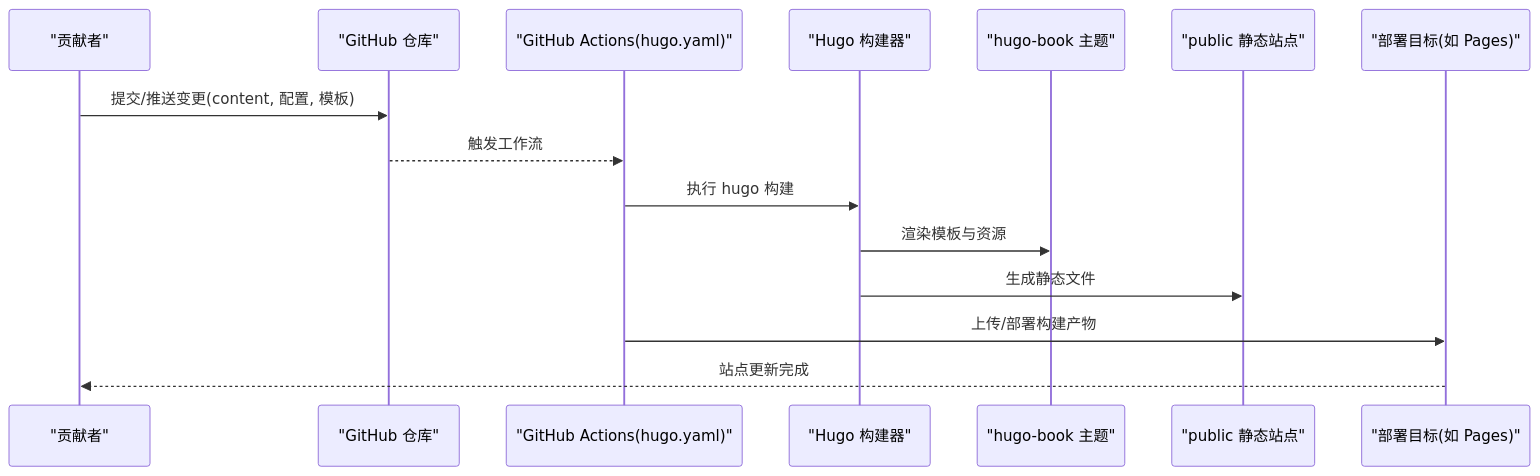
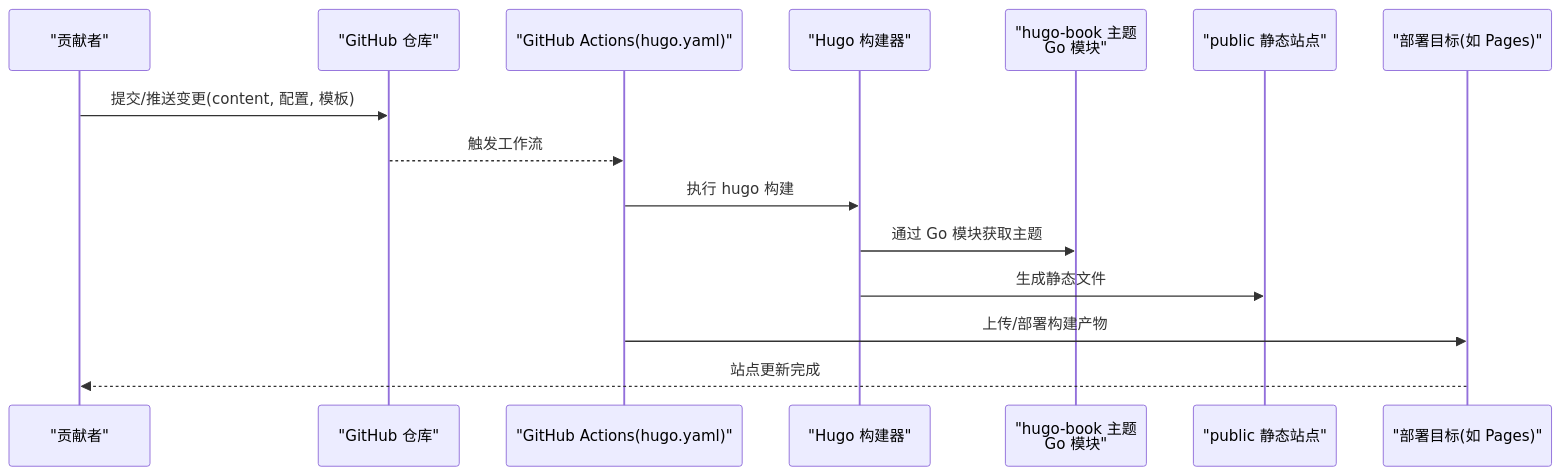
Before and after one commit to nianjiang/nianjiang.github.io: the second of 3 diagrams in .qoder/repowiki/zh/content/贡献指南.md, drawn with Mermaid. The commit also changed other lines of this file and 176 other files, not shown here.

````diff
--- a/.qoder/repowiki/zh/content/贡献指南.md
+++ b/.qoder/repowiki/zh/content/贡献指南.md
@@ -78,17 +91,17 @@
 ```mermaid
 sequenceDiagram
 participant Dev as "贡献者"
 participant GH as "GitHub 仓库"
 participant CI as "GitHub Actions(hugo.yaml)"
 participant Hugo as "Hugo 构建器"
-participant Theme as "hugo-book 主题"
+participant Theme as "hugo-book 主题<br/>Go 模块"
 participant Out as "public 静态站点"
 participant Deploy as "部署目标(如 Pages)"
 Dev->>GH : 提交/推送变更(content, 配置, 模板)
 GH-->>CI : 触发工作流
 CI->>Hugo : 执行 hugo 构建
-Hugo->>Theme : 渲染模板与资源
+Hugo->>Theme : 通过 Go 模块获取主题
 Hugo->>Out : 生成静态文件
 CI->>Deploy : 上传/部署构建产物
 Deploy-->>Dev : 站点更新完成
 ```
````
